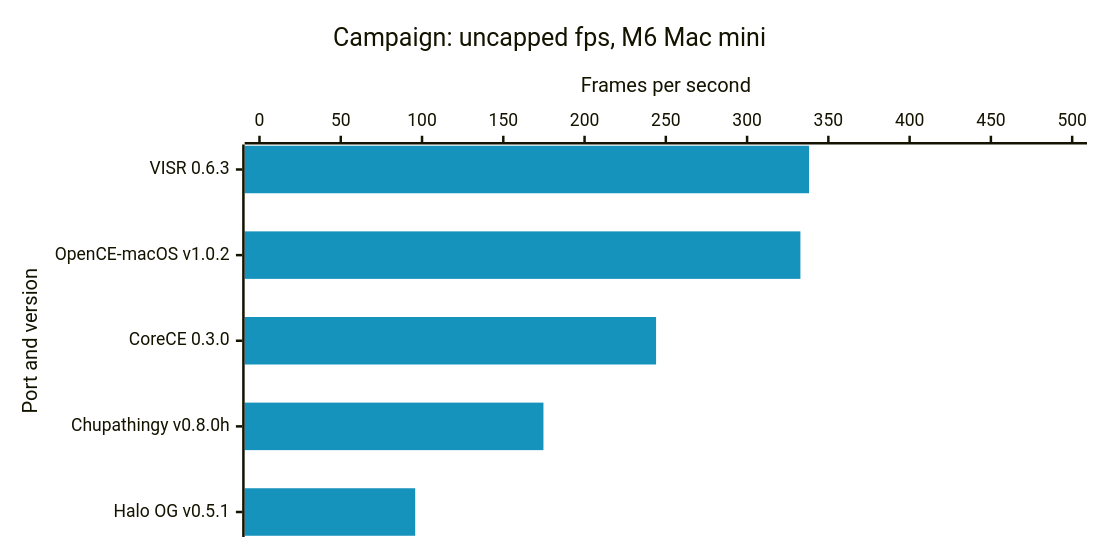
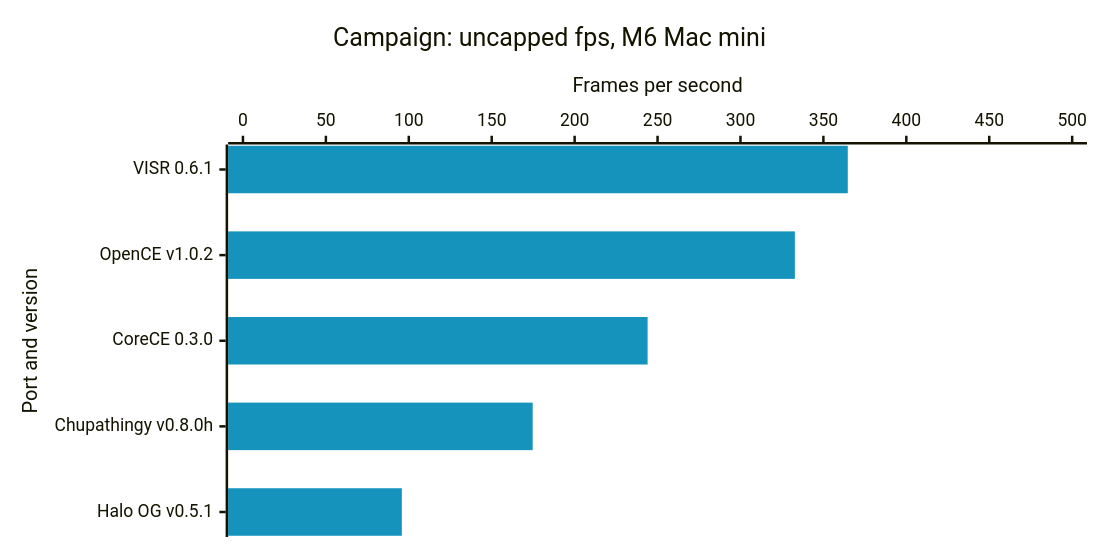
Before and after one commit to steverice/visr: the first of 4 diagrams in docs/benchmarks.md, drawn with Mermaid. The commit also changed other lines of this file and 207 other files, not shown here.

````diff
--- a/docs/benchmarks.md
+++ b/docs/benchmarks.md
@@ -19,16 +17,16 @@
 ```mermaid
 ---
 config:
   xyChart:
     width: 860
     height: 420
   themeVariables:
     xyChart:
       plotColorPalette: "#1593bd, #c8870a"
 ---
 xychart-beta horizontal
     title "Campaign: uncapped fps, M6 Mac mini"
-    x-axis "Port and version" ["VISR 0.6.3", "OpenCE-macOS v1.0.2", "CoreCE 0.3.0", "Chupathingy v0.8.0h", "Halo OG v0.5.1"]
+    x-axis "Port and version" ["VISR 0.6.1", "OpenCE v1.0.2", "CoreCE 0.3.0", "Chupathingy v0.8.0h", "Halo OG v0.5.1"]
     y-axis "Frames per second" 0 --> 500
-    bar [338.1, 332.8, 244, 174.7, 95.8]
+    bar [364.7, 332.8, 244, 174.7, 95.8]
 ```
````
